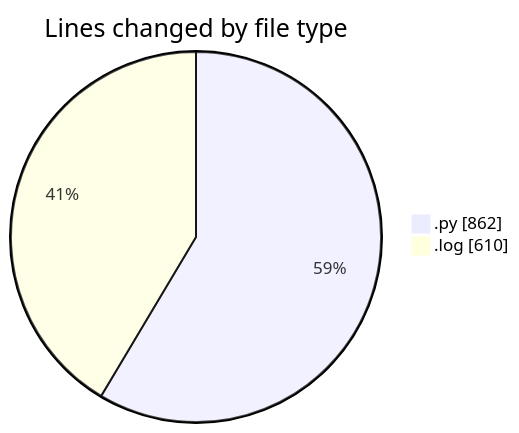
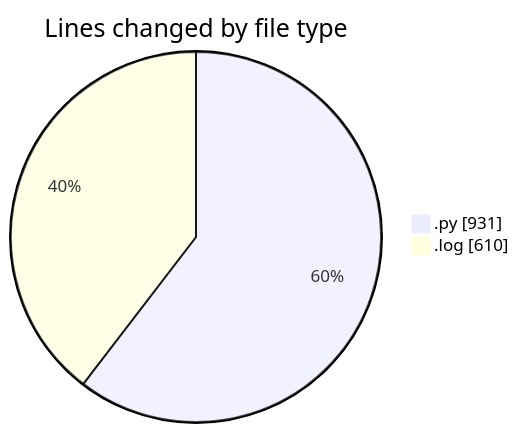
One commit to momahboobian/code-tracking changed the first of 2 diagrams in 2025-05-07/samplepdf/README.md. Above: the diagram before and after it, drawn with Mermaid. The commit also changed other lines of this file and 1 other file, not shown here.

````diff
--- a/2025-05-07/samplepdf/README.md
+++ b/2025-05-07/samplepdf/README.md
@@ -29,6 +29,6 @@
 ```mermaid
 pie showData
 title Lines changed by file type
-".py" : 862
+".py" : 931
 ".log" : 610
 ```
````
